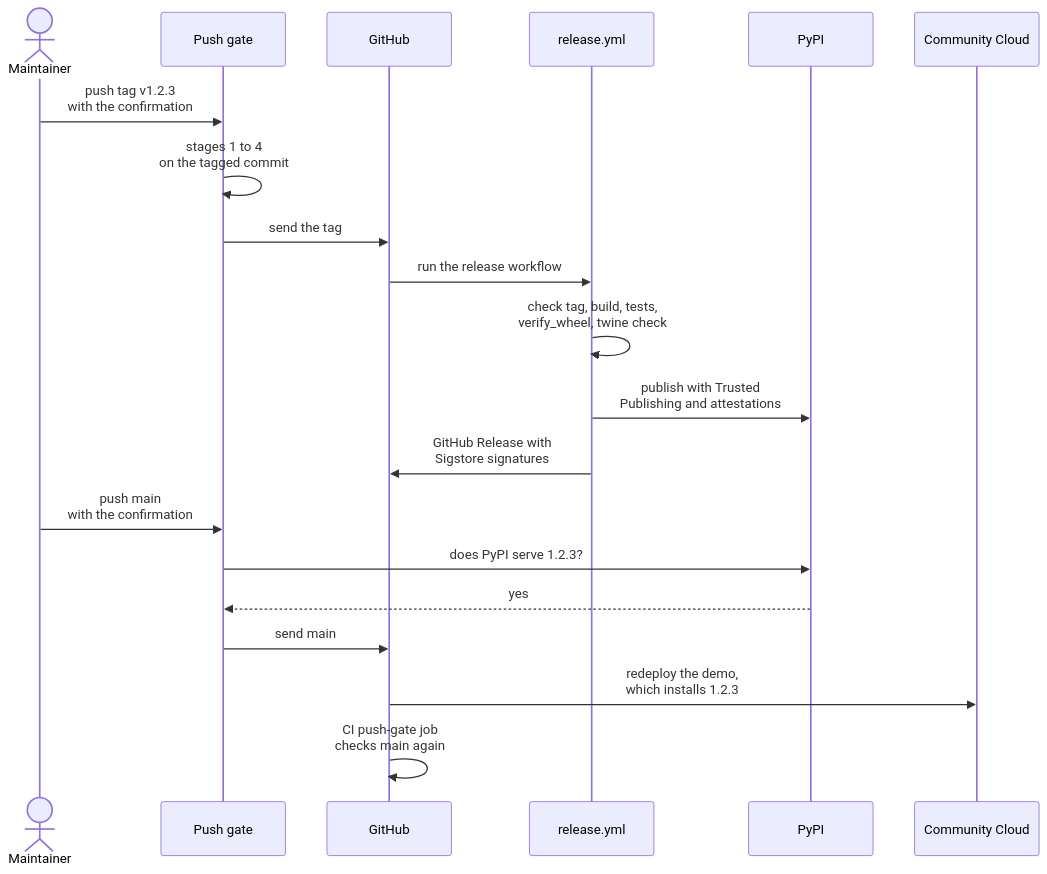
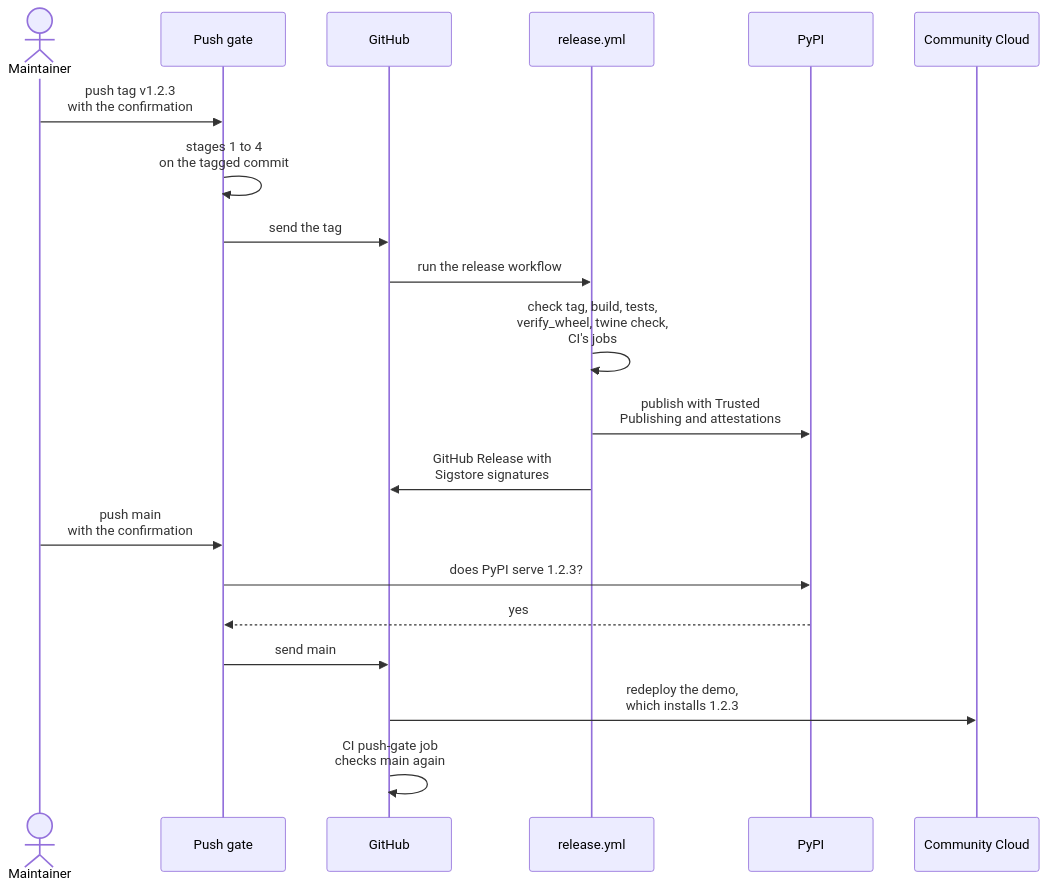
Before and after one commit to LelandGrunt/streamlit-listview: the fifth of 7 diagrams in HARNESS.md, drawn with Mermaid. The commit also changed other lines of this file and 8 other files, not shown here.

````diff
--- a/HARNESS.md
+++ b/HARNESS.md
@@ -220,22 +223,22 @@
 ```mermaid
 sequenceDiagram
     actor M as Maintainer
     participant G as Push gate
     participant GH as GitHub
     participant R as release.yml
     participant P as PyPI
     participant C as Community Cloud
     M->>G: push tag v1.2.3<br/>with the confirmation
     G->>G: stages 1 to 4<br/>on the tagged commit
     G->>GH: send the tag
     GH->>R: run the release workflow
-    R->>R: check tag, build, tests,<br/>verify_wheel, twine check
+    R->>R: check tag, build, tests,<br/>verify_wheel, twine check,<br/>CI's jobs
     R->>P: publish with Trusted<br/>Publishing and attestations
     R->>GH: GitHub Release with<br/>Sigstore signatures
     M->>G: push main<br/>with the confirmation
     G->>P: does PyPI serve 1.2.3?
     P-->>G: yes
     G->>GH: send main
     GH->>C: redeploy the demo,<br/>which installs 1.2.3
     GH->>GH: CI push-gate job<br/>checks main again
 ```
````
